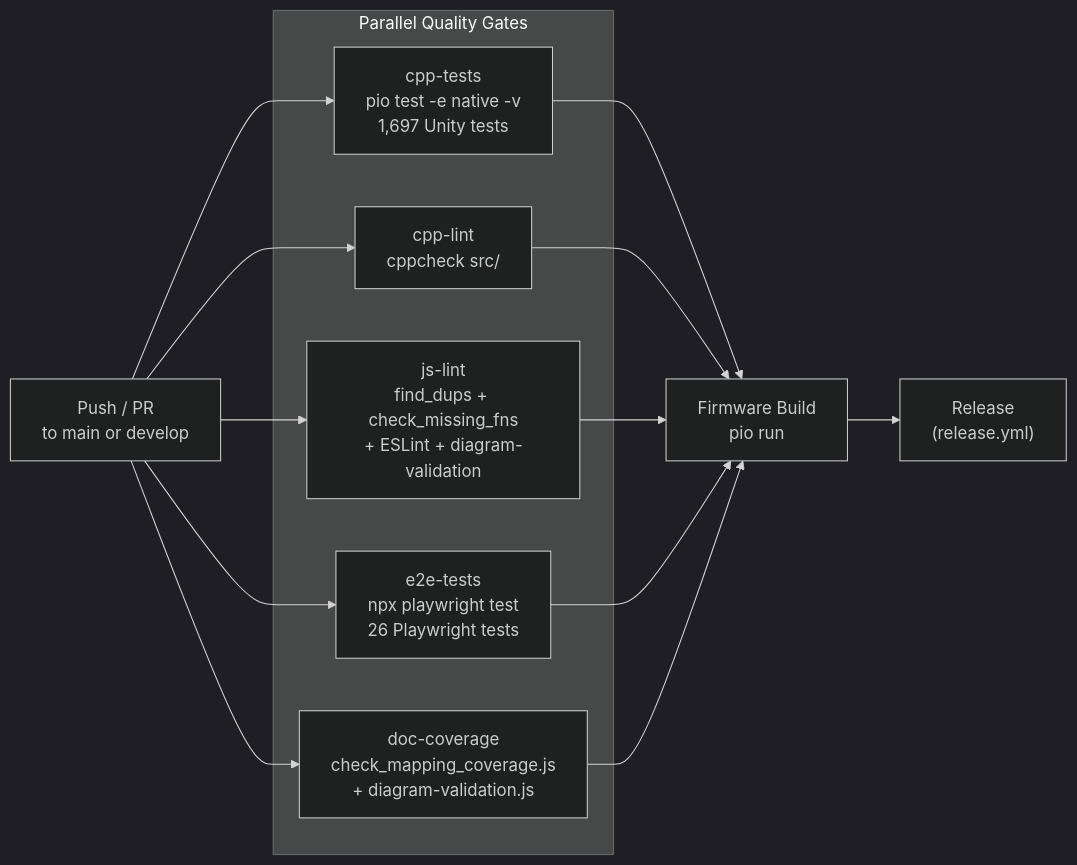
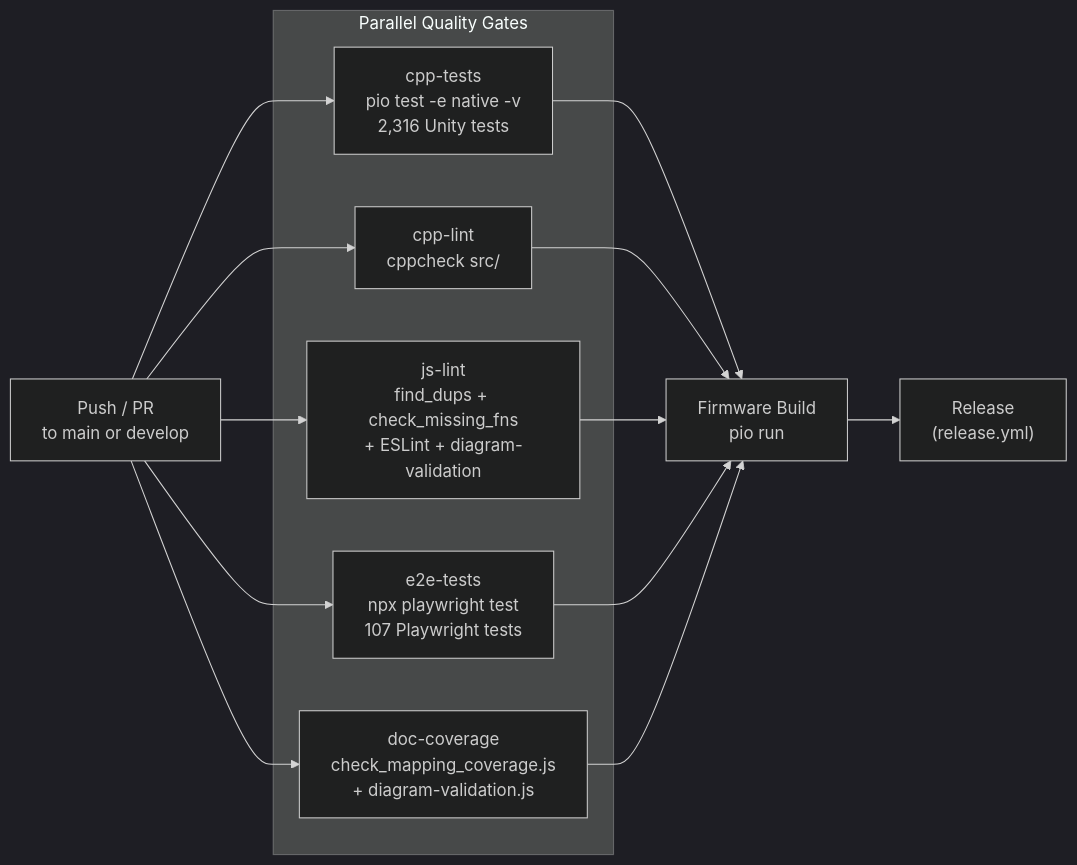
One commit to Schmackos/ALX_Nova_Controller_2 changed the second of 2 diagrams in docs-site/docs/developer/testing.md. Above: the diagram before and after it, drawn with Mermaid (dark theme). The commit also changed other lines of this file and 13 other files, not shown here.

````diff
--- a/docs-site/docs/developer/testing.md
+++ b/docs-site/docs/developer/testing.md
@@ -296,18 +299,18 @@
 ```mermaid
 flowchart LR
     PUSH["Push / PR\nto main or develop"]
 
     subgraph Gates ["Parallel Quality Gates"]
-        CPP["cpp-tests\npio test -e native -v\n1,697 Unity tests"]
+        CPP["cpp-tests\npio test -e native -v\n2,316 Unity tests"]
         LINT["cpp-lint\ncppcheck src/"]
         JS["js-lint\nfind_dups + check_missing_fns\n+ ESLint + diagram-validation"]
-        E2E["e2e-tests\nnpx playwright test\n26 Playwright tests"]
+        E2E["e2e-tests\nnpx playwright test\n107 Playwright tests"]
         DOC["doc-coverage\ncheck_mapping_coverage.js\n+ diagram-validation.js"]
     end
 
     BUILD["Firmware Build\npio run"]
     RELEASE["Release\n(release.yml)"]
 
     PUSH --> CPP & LINT & JS & E2E & DOC
     CPP & LINT & JS & E2E & DOC --> BUILD --> RELEASE
 ```
````
